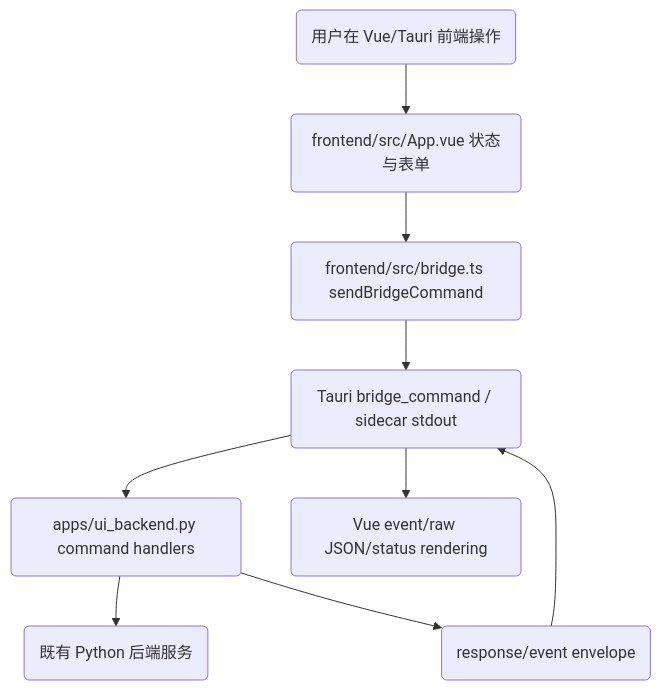
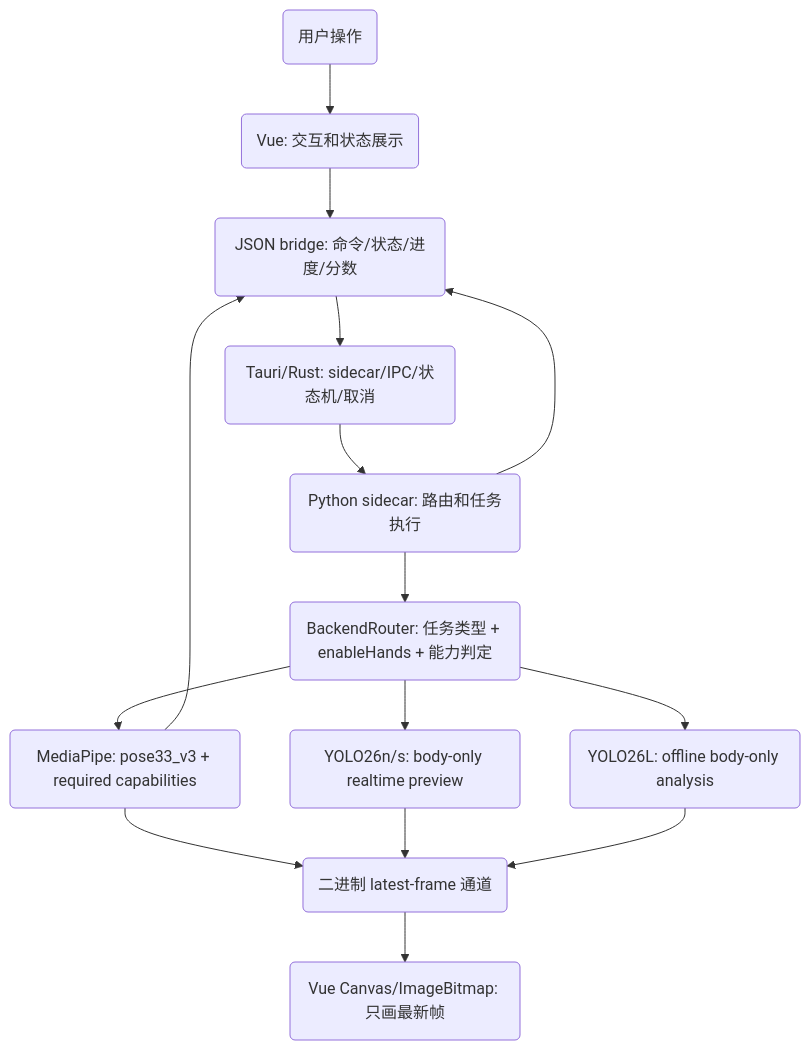
The diagram in docs/specs/design.md (YGuo-2/vision), drawn with Mermaid before and after one commit. The commit also changed other lines of this file and 23 other files, not shown here.

````diff
--- a/docs/specs/design.md
+++ b/docs/specs/design.md
@@ -51,11 +97,17 @@
 ```mermaid
 flowchart TD
-    A("用户在 Vue/Tauri 前端操作") --> B("frontend/src/App.vue 状态与表单")
-    B --> C("frontend/src/bridge.ts sendBridgeCommand")
-    C --> D("Tauri bridge_command / sidecar stdout")
-    D --> E("apps/ui_backend.py command handlers")
-    E --> F("既有 Python 后端服务")
-    E --> G("response/event envelope")
-    G --> D
-    D --> H("Vue event/raw JSON/status rendering")
+    User("用户操作") --> Vue("Vue: 交互和状态展示")
+    Vue --> JsonBridge("JSON bridge: 命令/状态/进度/分数")
+    JsonBridge --> Tauri("Tauri/Rust: sidecar/IPC/状态机/取消")
+    Tauri --> Python("Python sidecar: 路由和任务执行")
+    Python --> Router("BackendRouter: 任务类型 + enableHands + 能力判定")
+    Router --> MP("MediaPipe: pose33_v3 + required capabilities")
+    Router --> YoloN("YOLO26n/s: body-only realtime preview")
+    Router --> YoloL("YOLO26L: offline body-only analysis")
+    MP --> JsonBridge
+    MP --> FrameChannel("二进制 latest-frame 通道")
+    YoloN --> FrameChannel("二进制 latest-frame 通道")
+    YoloL --> FrameChannel
+    FrameChannel --> Canvas("Vue Canvas/ImageBitmap: 只画最新帧")
+    Python --> JsonBridge
 ```
````
